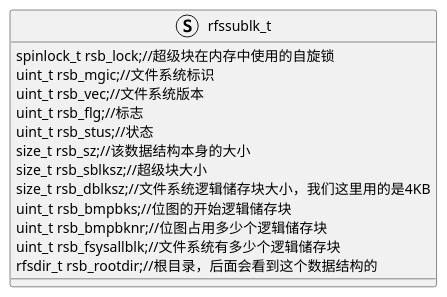
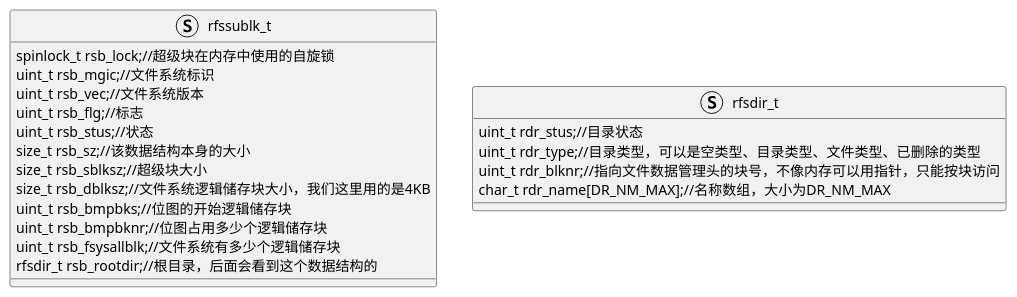
One commit to mowang111/personal_knowledge_repository changed the diagram in 0.学习笔记/a04.操作系统/操作系统实战/5.文件系统/1.如何组织文件.md. Above: the diagram before and after it, drawn with PlantUML. The commit also changed other lines of this file, not shown here.

Commit message:
vault backup: 2024-01-05 09:53:54

````diff
--- a/0.学习笔记/a04.操作系统/操作系统实战/5.文件系统/1.如何组织文件.md
+++ b/0.学习笔记/a04.操作系统/操作系统实战/5.文件系统/1.如何组织文件.md
@@ -2,17 +2,24 @@
 ```plantuml
 struct rfssublk_t
 {
     spinlock_t rsb_lock;//超级块在内存中使用的自旋锁
     uint_t rsb_mgic;//文件系统标识
     uint_t rsb_vec;//文件系统版本
     uint_t rsb_flg;//标志
     uint_t rsb_stus;//状态
     size_t rsb_sz;//该数据结构本身的大小
     size_t rsb_sblksz;//超级块大小
     size_t rsb_dblksz;//文件系统逻辑储存块大小，我们这里用的是4KB
     uint_t rsb_bmpbks;//位图的开始逻辑储存块
     uint_t rsb_bmpbknr;//位图占用多少个逻辑储存块
     uint_t rsb_fsysallblk;//文件系统有多少个逻辑储存块
     rfsdir_t rsb_rootdir;//根目录，后面会看到这个数据结构的
 }
+struct rfsdir_t
+{
+    uint_t rdr_stus;//目录状态
+    uint_t rdr_type;//目录类型，可以是空类型、目录类型、文件类型、已删除的类型
+    uint_t rdr_blknr;//指向文件数据管理头的块号，不像内存可以用指针，只能按块访问
+    char_t rdr_name[DR_NM_MAX];//名称数组，大小为DR_NM_MAX
+}
 ```
````
